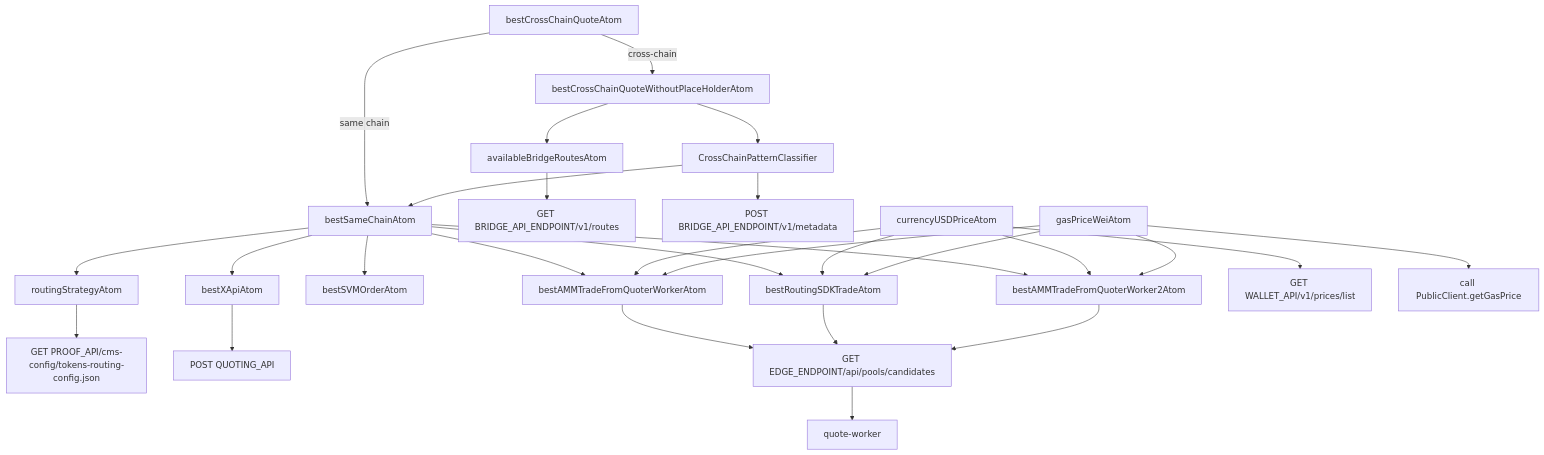
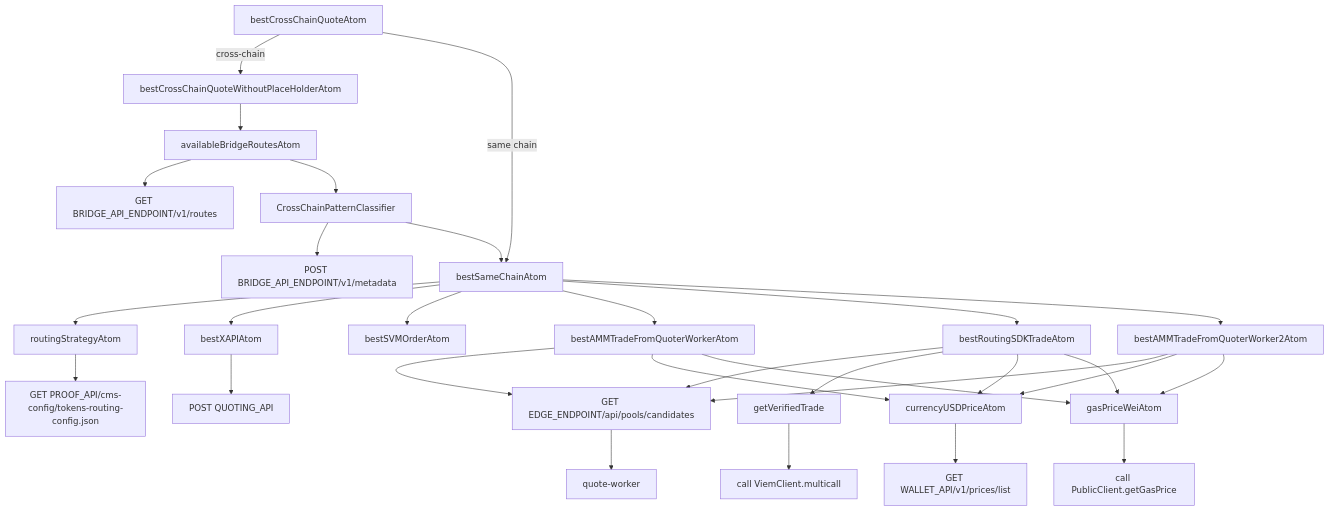
The first of 5 diagrams in apps/web/src/quoter/viz.md (chef-ryan/pancake-frontend), drawn with Mermaid before and after one commit. The commit also changed other lines of this file, not shown here.

````diff
--- a/apps/web/src/quoter/viz.md
+++ b/apps/web/src/quoter/viz.md
@@ -42,42 +45,42 @@
 ```mermaid
 flowchart TD
     A[bestCrossChainQuoteAtom]
     A -->|cross-chain| B[bestCrossChainQuoteWithoutPlaceHolderAtom]
     A -->|same chain| S[bestSameChainAtom]
 
     B --> R[availableBridgeRoutesAtom]
     R --> R1["GET BRIDGE_API_ENDPOINT/v1/routes"]
-
-    B --> P[CrossChainPatternClassifier]
+    R --> P[CrossChainPatternClassifier]
     P --> METADATA["POST BRIDGE_API_ENDPOINT/v1/metadata"]
     P --> S
 
     S --> RS[routingStrategyAtom]
     RS --> RS1["GET PROOF_API/cms-config/tokens-routing-config.json"]
 
-    S --> QA[bestXApiAtom]
+    S --> QA[bestXAPIAtom]
     QA --> QA1["POST QUOTING_API"]
 
     S --> SVM[bestSVMOrderAtom]
 
     S --> BW1[bestAMMTradeFromQuoterWorkerAtom]
     S --> BW2[bestRoutingSDKTradeAtom]
     S --> BW3[bestAMMTradeFromQuoterWorker2Atom]
 
     BW1 --> EP1["GET EDGE_ENDPOINT/api/pools/candidates"]
     BW2 --> EP1
     BW3 --> EP1
     EP1 --> W[quote-worker]
 
-    USD[currencyUSDPriceAtom]
+    BW2 --> V[getVerifiedTrade]
+    V --> V1["call ViemClient.multicall"]
+
+    BW1 --> USD[currencyUSDPriceAtom]
+    BW2 --> USD
+    BW3 --> USD
     USD --> WALLET["GET WALLET_API/v1/prices/list"]
-    USD --> BW1
-    USD --> BW2
-    USD --> BW3
 
-    GP[gasPriceWeiAtom]
+    BW1 --> GP[gasPriceWeiAtom]
+    BW2 --> GP
+    BW3 --> GP
     GP --> GAS["call PublicClient.getGasPrice"]
-    GP --> BW1
-    GP --> BW2
-    GP --> BW3
 ```
````
